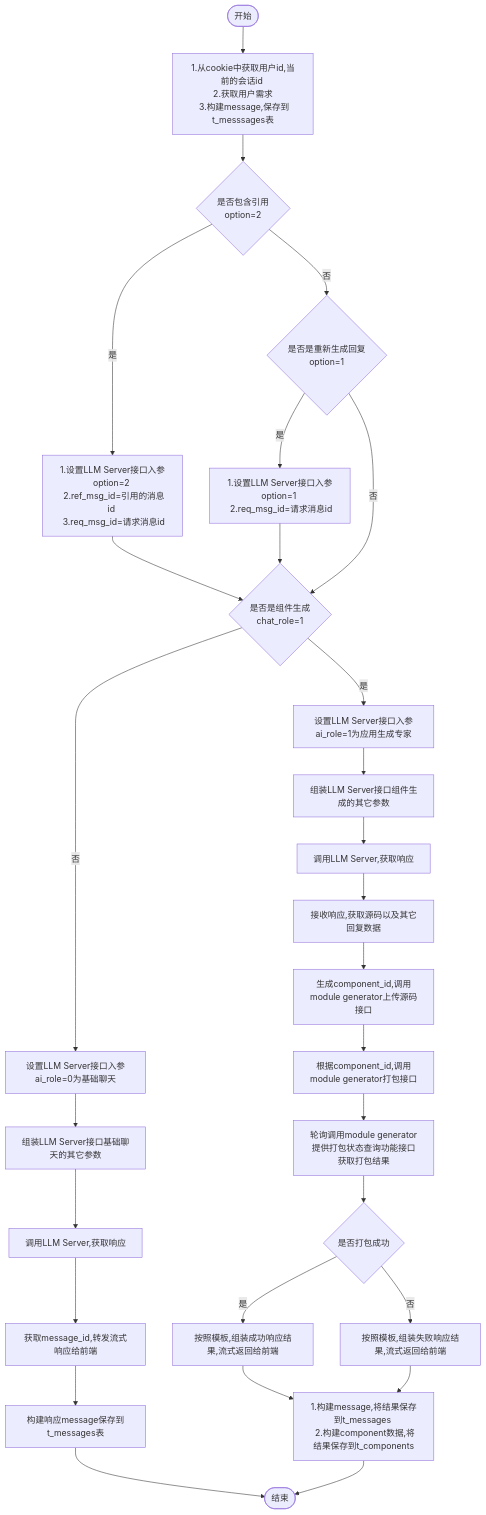
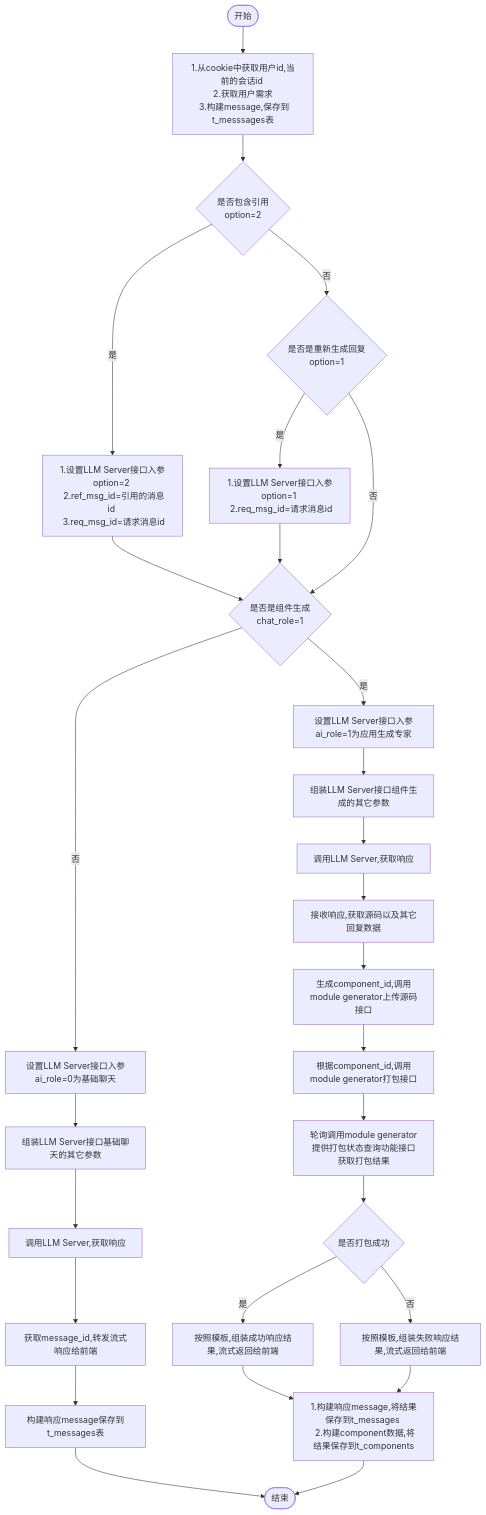
Before and after one commit to yingjianzh/iodraw-files: the diagram in all/w3-会话-不需要传递message.md, drawn with Mermaid.

Commit message:
2024-10-15 15:10:49 update

````diff
--- a/all/w3-会话-不需要传递message.md
+++ b/all/w3-会话-不需要传递message.md
@@ -1,34 +1,34 @@
 ```mermaid
 flowchart TD
     A([开始]) --> B[1.从cookie中获取用户id,当前的会话id \n 2.获取用户需求 \n 3.构建message,保存到t_messsages表]
     B--> D{是否包含引用 \n option=2}
     D -- 是 --> E[1.设置LLM Server接口入参option=2 \n 2.ref_msg_id=引用的消息id \n 3.req_msg_id=请求消息id]
     D -- 否 --> F{是否是重新生成回复\n option=1}
     F -- 是 --> G[1.设置LLM Server接口入参option=1 \n 2.req_msg_id=请求消息id]
     F -- 否 --> I
      
     E & G --> I{是否是组件生成 \n chat_role=1}
     I -- 否 --> K[设置LLM Server接口入参ai_role=0为基础聊天]
     I -- 是 --> J[设置LLM Server接口入参ai_role=1为应用生成专家]
     
 
     J --> L[组装LLM Server接口组件生成的其它参数]    
     K --> M[组装LLM Server接口基础聊天的其它参数]    
     M --> N[调用LLM Server,获取响应]    
     N --> O[获取message_id,转发流式响应给前端]
     O --> P[构建响应message保存到t_messages表]
     P --> R([结束])
 
 
     L --> S[调用LLM Server,获取响应]
     S --> T[接收响应,获取源码以及其它回复数据]
     T --> U[生成component_id,调用module generator上传源码接口]
     U --> V[根据component_id,调用module generator打包接口]
     V --> W[轮询调用module generator提供打包状态查询功能接口获取打包结果]
     W --> X{是否打包成功}
     X -- 是 --> Y[按照模板,组装成功响应结果,流式返回给前端]
     X -- 否 --> Z[按照模板,组装失败响应结果,流式返回给前端]
 
-    Y & Z --> Result[1.构建message,将结果保存到t_messages \n 2.构建component数据,将结果保存到t_components]
+    Y & Z --> Result[1.构建响应message,将结果保存到t_messages \n 2.构建component数据,将结果保存到t_components]
     Result --> R
 ```
````
